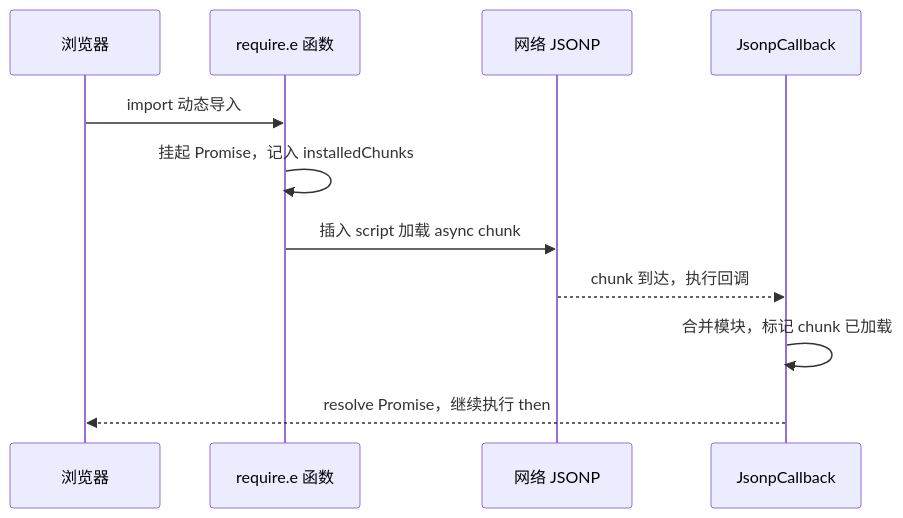
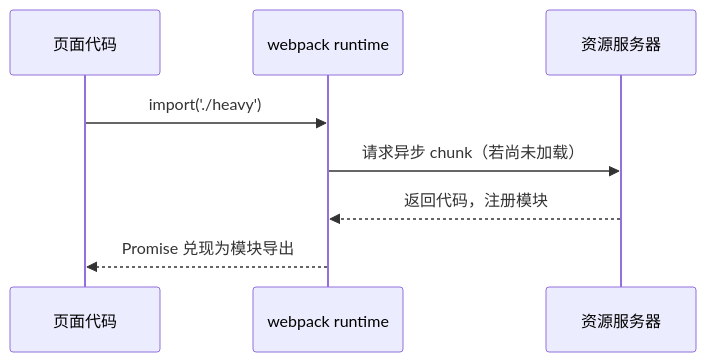
Before and after one commit to Jaxon1216/homepage: the ninth of 14 diagrams in content/posts/frontend-build-tools-evolution.mdx, drawn with Mermaid. The commit also changed other lines of this file and 4 other files, not shown here.

````diff
--- a/content/posts/frontend-build-tools-evolution.mdx
+++ b/content/posts/frontend-build-tools-evolution.mdx
@@ -821,13 +566,10 @@
 ```mermaid
 sequenceDiagram
-  participant B as 浏览器
-  participant R as require.e 函数
-  participant N as 网络 JSONP
-  participant J as JsonpCallback
-  B->>R: import 动态导入
-  R->>R: 挂起 Promise，记入 installedChunks
-  R->>N: 插入 script 加载 async chunk
-  N-->>J: chunk 到达，执行回调
-  J->>J: 合并模块，标记 chunk 已加载
-  J-->>B: resolve Promise，继续执行 then
+  participant App as 页面代码
+  participant Runtime as webpack runtime
+  participant Network as 资源服务器
+  App->>Runtime: import('./heavy')
+  Runtime->>Network: 请求异步 chunk（若尚未加载）
+  Network-->>Runtime: 返回代码，注册模块
+  Runtime-->>App: Promise 兑现为模块导出
 ```
````
